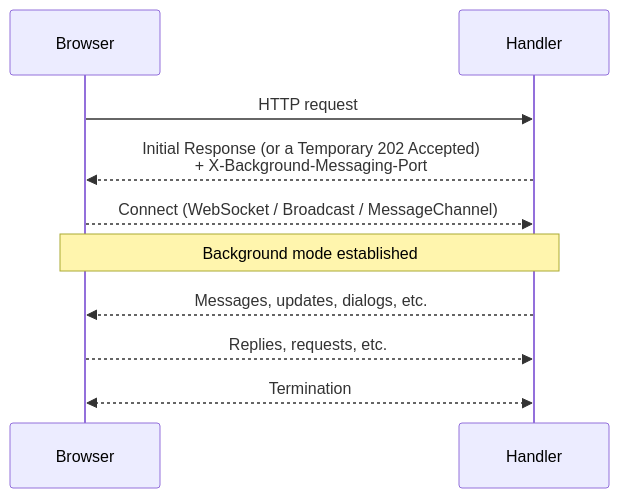
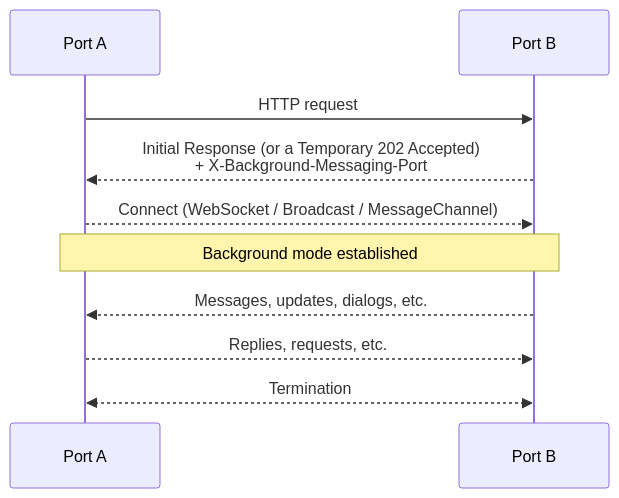
Before and after one commit to webqit/webflo: the third of 3 diagrams in site/docs/concepts/realtime.md, drawn with Mermaid. The commit also changed other lines of this file and 3 other files, not shown here.

````diff
--- a/site/docs/concepts/realtime.md
+++ b/site/docs/concepts/realtime.md
@@ -607,12 +610,12 @@
 ```mermaid
 sequenceDiagram
-  participant Browser
-  participant Handler
-  Browser->>Handler: HTTP request
-  Handler-->>Browser: Initial Response (or a Temporary 202 Accepted) <br>+ X-Background-Messaging-Port
-  Browser-->>Handler: Connect (WebSocket / Broadcast / MessageChannel)
-  Note over Browser,Handler: Background mode established
-  Handler-->>Browser: Messages, updates, dialogs, etc.
-  Browser-->>Handler: Replies, requests, etc.
-  Browser<<-->>Handler: Termination
+  participant Port A
+  participant Port B
+  Port A->>Port B: HTTP request
+  Port B-->>Port A: Initial Response (or a Temporary 202 Accepted) <br>+ X-Background-Messaging-Port
+  Port A-->>Port B: Connect (WebSocket / Broadcast / MessageChannel)
+  Note over Port A,Port B: Background mode established
+  Port B-->>Port A: Messages, updates, dialogs, etc.
+  Port A-->>Port B: Replies, requests, etc.
+  Port A<<-->>Port B: Termination
 ```
````
